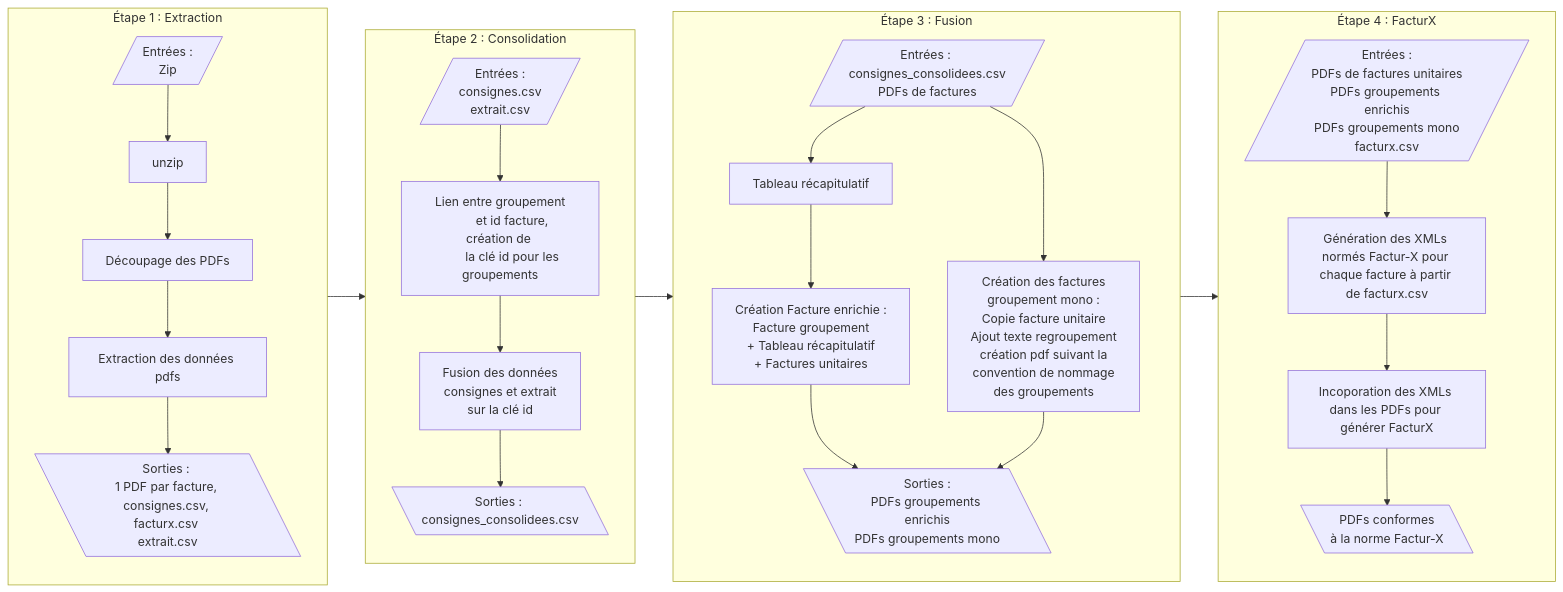
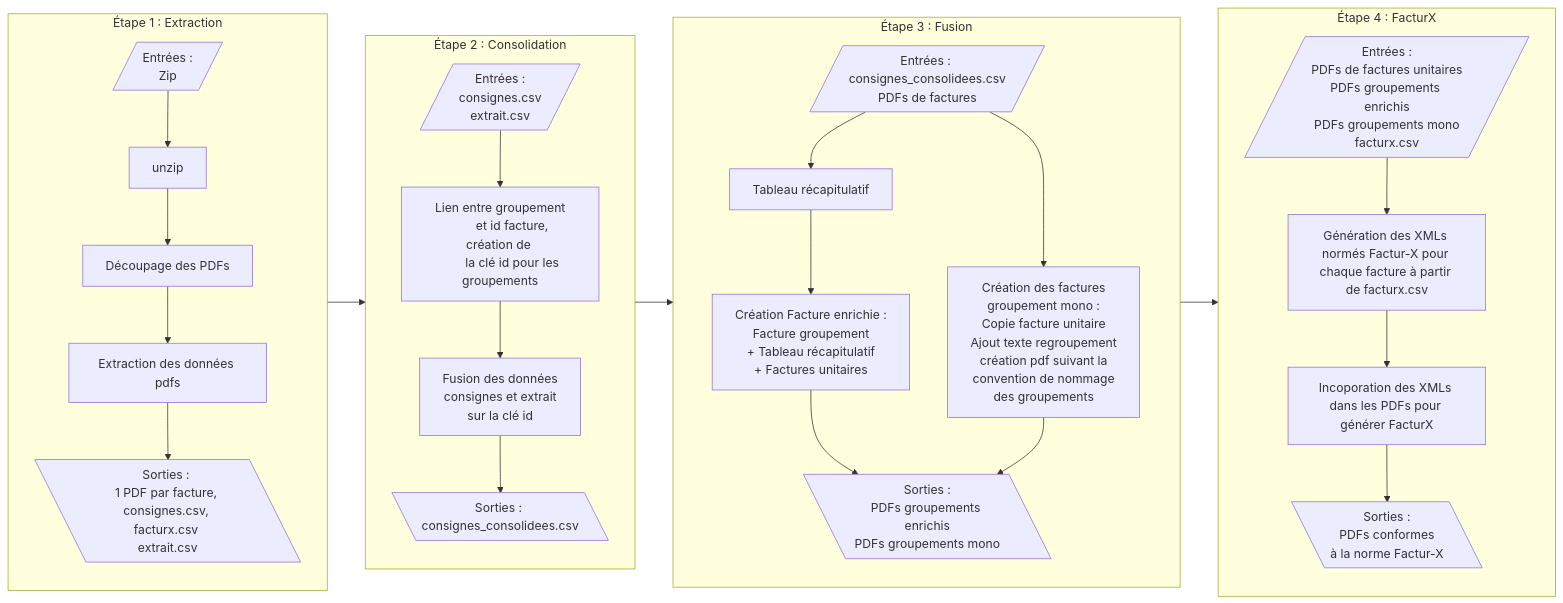
The diagram in readme.md (Virgile-Dauge/formatage_multi_site), drawn with Mermaid before and after one commit.

Commit message:
corr oubli

```diff
--- a/readme.md
+++ b/readme.md
@@ -74,7 +74,8 @@
 
         -->D_process1["Génération des XMLs normés Factur-X pour chaque facture à partir de facturx.csv"]
         -->D_process2["Incoporation des XMLs dans les PDFs pour générer FacturX"]
-        -->D_output@{ shape: lean-l, label: "PDFs conformes 
+        -->D_output@{ shape: lean-l, label: "Sorties :
+        PDFs conformes 
         à la norme Factur-X" }
 
     end
```
